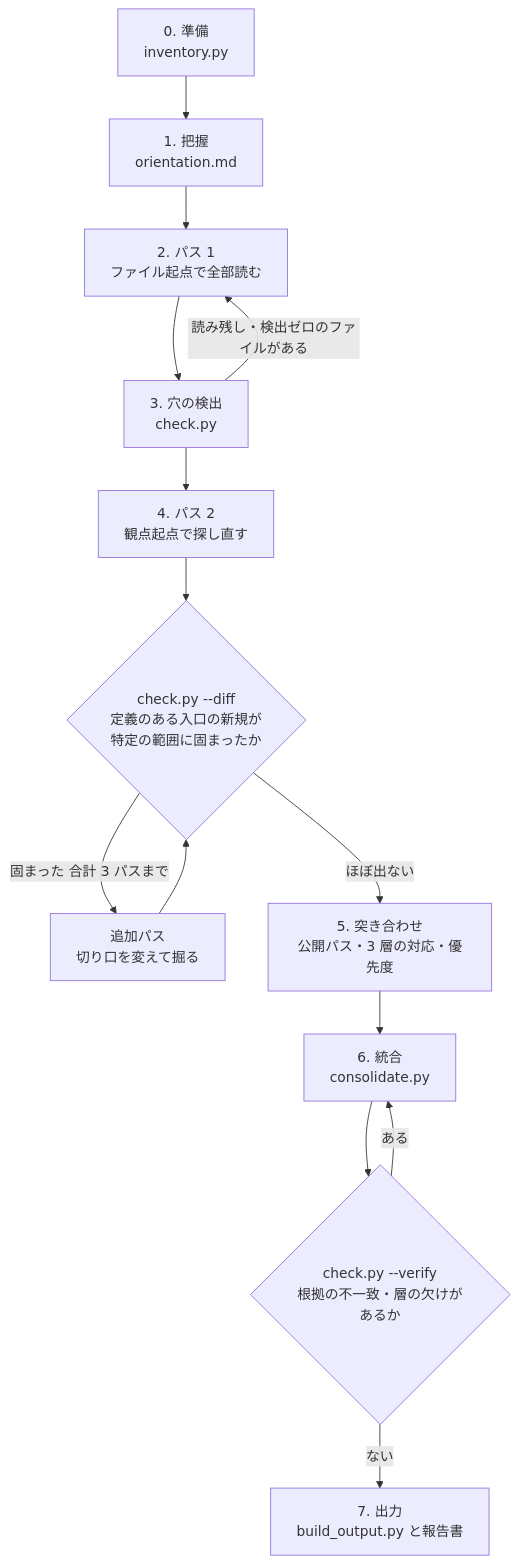
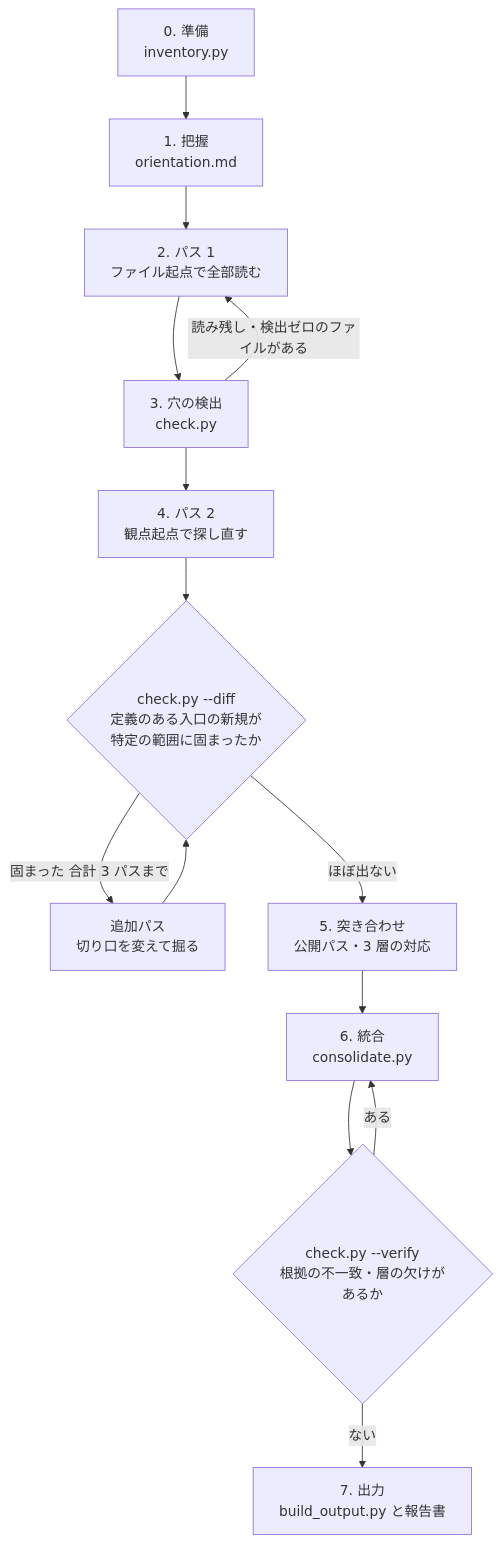
One commit to Zuck3-r/Code-Analyzer changed the second of 11 diagrams in docs/analysis-flow.md. Above: the diagram before and after it, drawn with Mermaid. The commit also changed other lines of this file and 5 other files, not shown here.

````diff
--- a/docs/analysis-flow.md
+++ b/docs/analysis-flow.md
@@ -71,16 +71,16 @@
 ```mermaid
 flowchart TD
     A[0. 準備<br/>inventory.py] --> B[1. 把握<br/>orientation.md]
     B --> C[2. パス 1<br/>ファイル起点で全部読む]
     C --> D[3. 穴の検出<br/>check.py]
     D -->|読み残し・検出ゼロのファイルがある| C
     D --> E[4. パス 2<br/>観点起点で探し直す]
     E --> F{check.py --diff<br/>定義のある入口の新規が<br/>特定の範囲に固まったか}
     F -->|固まった 合計 3 パスまで| G[追加パス<br/>切り口を変えて掘る]
     G --> F
-    F -->|ほぼ出ない| H[5. 突き合わせ<br/>公開パス・3 層の対応・優先度]
+    F -->|ほぼ出ない| H[5. 突き合わせ<br/>公開パス・3 層の対応]
     H --> I[6. 統合<br/>consolidate.py]
     I --> J{check.py --verify<br/>根拠の不一致・層の欠けがあるか}
     J -->|ある| I
     J -->|ない| K[7. 出力<br/>build_output.py と報告書]
 ```
````
